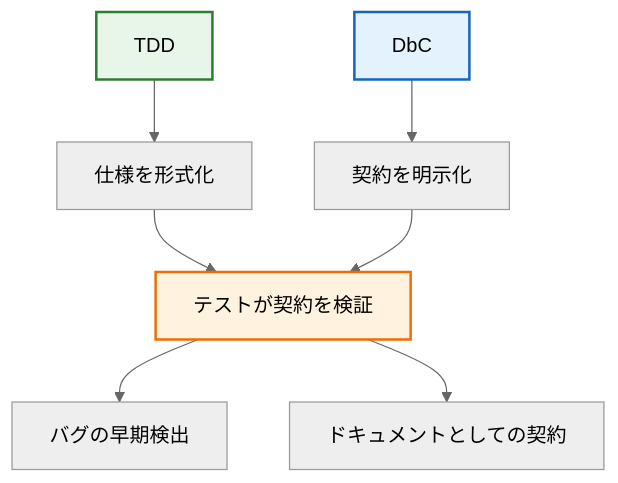
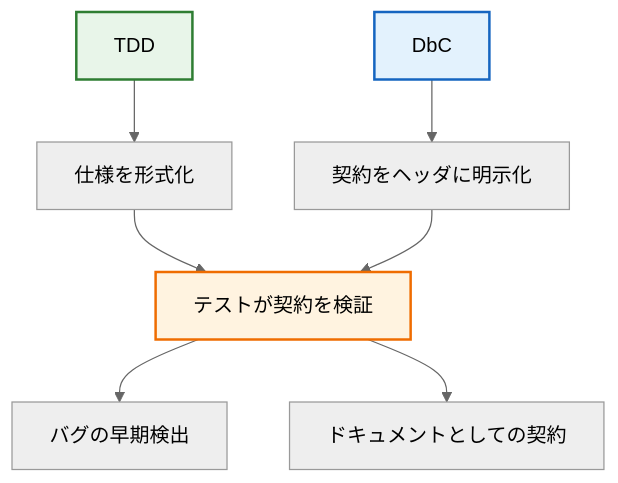
The second of 2 diagrams in docs/md/15_tdd.md (MeuNari0621/TeachingEmbC), drawn with Mermaid (neutral theme) before and after one commit. The commit also changed other lines of this file and 7 other files, not shown here.

````diff
--- a/docs/md/15_tdd.md
+++ b/docs/md/15_tdd.md
@@ -159,13 +171,13 @@
 ```mermaid
 graph TD
     TDD["TDD"] --> SPEC["仕様を形式化"]
-    DBC["DbC"] --> CONTRACT["契約を明示化"]
+    DBC["DbC"] --> CONTRACT["契約をヘッダに明示化"]
     SPEC --> VERIFY["テストが契約を検証"]
     CONTRACT --> VERIFY
     VERIFY --> BUG["バグの早期検出"]
     VERIFY --> DOC["ドキュメントとしての契約"]
     
     style TDD fill:#e8f5e9,stroke:#2e7d32,stroke-width:2px
     style DBC fill:#e3f2fd,stroke:#1565c0,stroke-width:2px
     style VERIFY fill:#fff3e0,stroke:#ef6c00,stroke-width:2px
 ```
````
